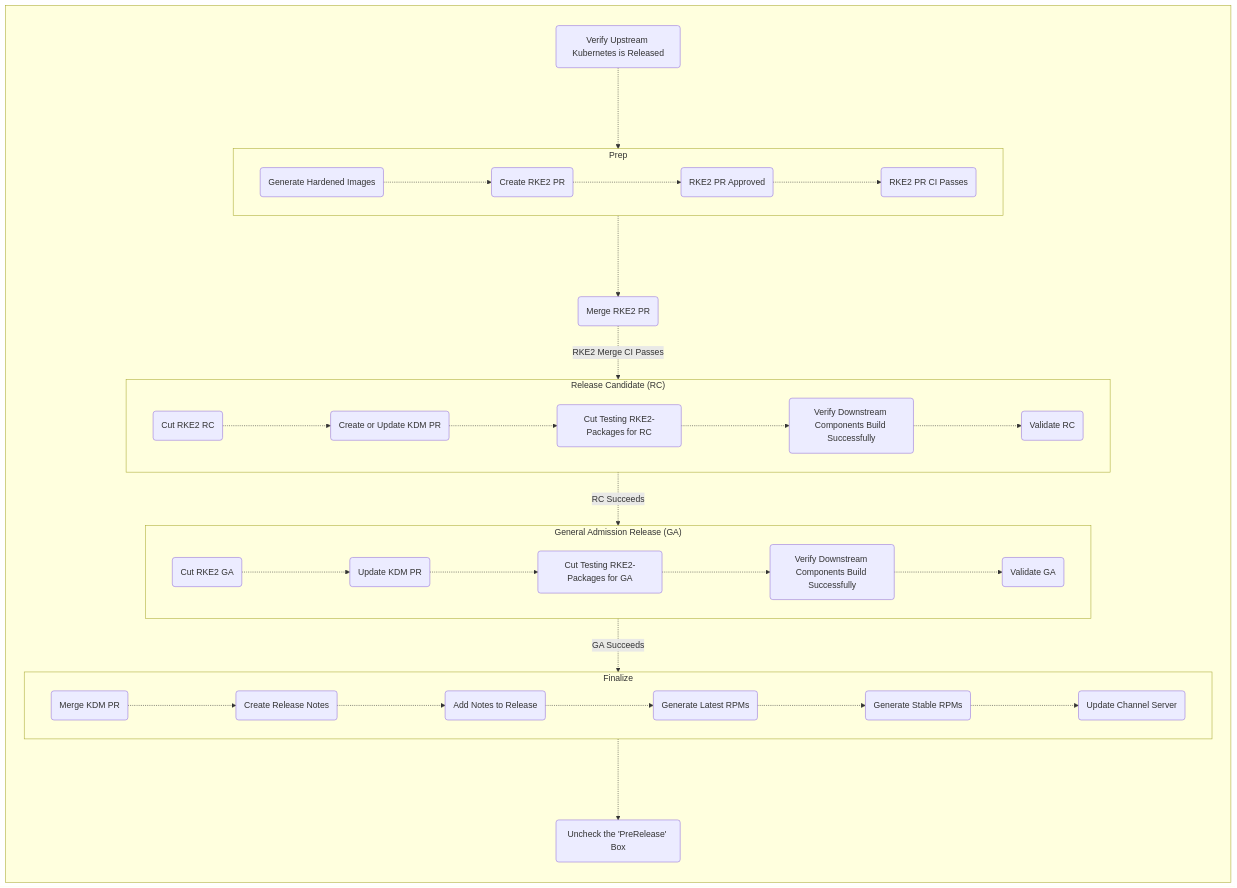
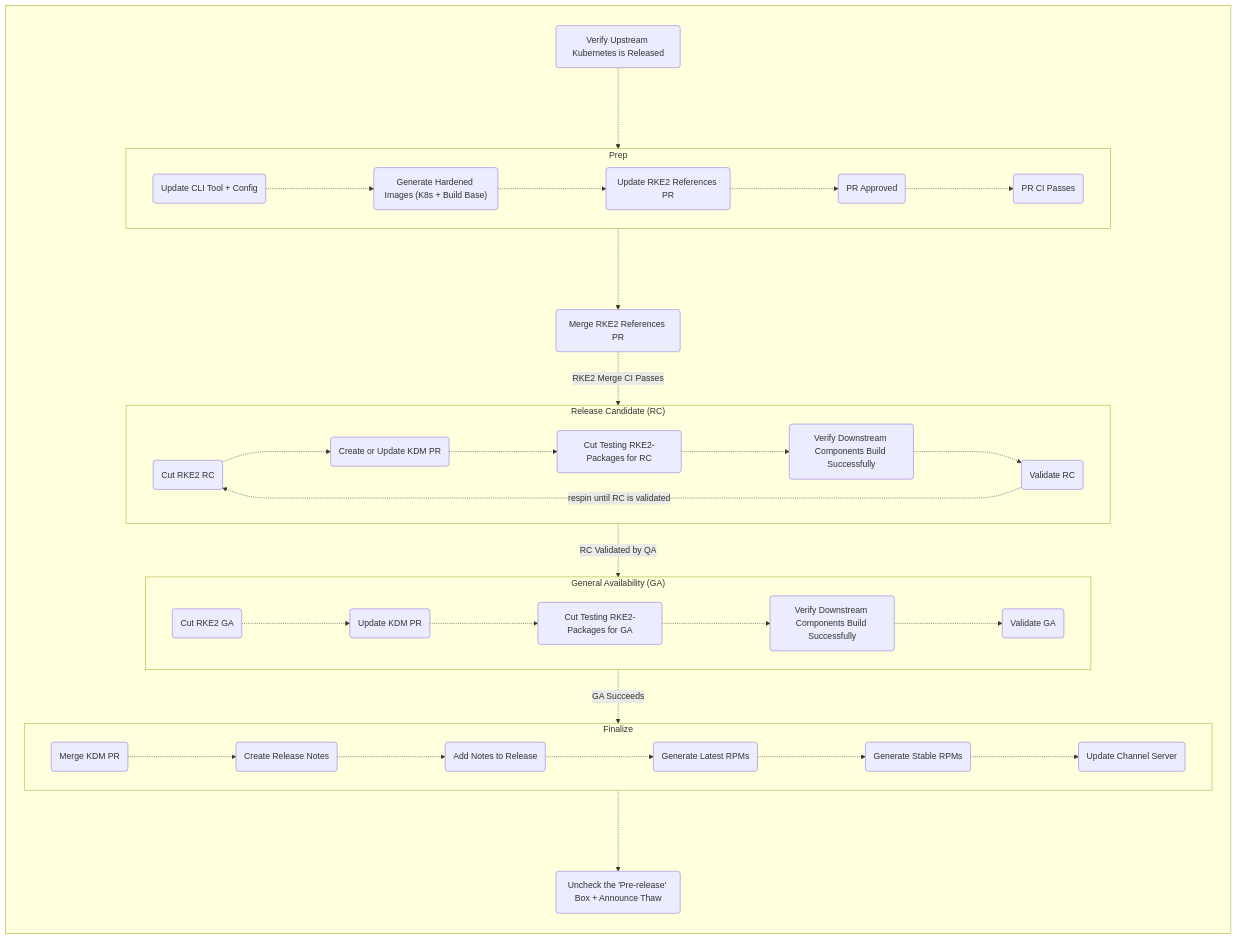
Before and after one commit to rancher/ecm-distro-tools: the diagram in docs/releasing_rke2.md, drawn with Mermaid. The commit also changed other lines of this file, not shown here.

Commit message:
Update RKE2 release docs

````diff
--- a/docs/releasing_rke2.md
+++ b/docs/releasing_rke2.md
@@ -242,53 +353,54 @@
 ```mermaid
 flowchart LR
 
 subgraph Overview [" "]
   direction TB
   Start("Verify Upstream Kubernetes is Released") -..-> Prep -..->
-  PR("Merge RKE2 PR") -."RKE2 Merge CI Passes".-> RC
-  RC -."RC Succeeds".-> GA -."GA Succeeds".-> Finalize -..->
-  End("Uncheck the 'PreRelease' Box")
+  PR("Merge RKE2 References PR") -."RKE2 Merge CI Passes".-> RC
+  RC -."RC Validated by QA".-> GA -."GA Succeeds".-> Finalize -..->
+  End("Uncheck the 'Pre-release' Box + Announce Thaw")
 end
 
-GenImage("Generate Hardened Images")
-PrCreate("Create RKE2 PR")
-PrPass("RKE2 PR CI Passes")
-PrApprove("RKE2 PR Approved")
+CliCfg("Update CLI Tool + Config")
+GenImage("Generate Hardened Images (K8s + Build Base)")
+PrCreate("Update RKE2 References PR")
+PrApprove("PR Approved")
+PrPass("PR CI Passes")
 subgraph Prep
   direction LR
-  GenImage -..-> PrCreate -..-> PrApprove -..-> PrPass
+  CliCfg -..-> GenImage -..-> PrCreate -..-> PrApprove -..-> PrPass
 end
 
 RcCut("Cut RKE2 RC")
+RcKdm("Create or Update KDM PR")
+RcRpm("Cut Testing RKE2-Packages for RC")
 RcDown("Verify Downstream Components Build Successfully")
-RcRpm("Cut Testing RKE2-Packages for RC")
-RcKdm("Create or Update KDM PR")
 RcQa("Validate RC")
 subgraph RC ["Release Candidate (RC)"]
   direction LR
   RcCut -..-> RcKdm -..-> RcRpm -..-> RcDown -..-> RcQa
+  RcQa -."respin until RC is validated".-> RcCut
 end
 
 GaCut("Cut RKE2 GA")
+GaKdm("Update KDM PR")
+GaRpm("Cut Testing RKE2-Packages for GA")
 GaDown("Verify Downstream Components Build Successfully")
-GaRpm("Cut Testing RKE2-Packages for GA")
-GaKdm("Update KDM PR")
 GaQa("Validate GA")
-subgraph GA ["General Admission Release (GA)"]
+subgraph GA ["General Availability (GA)"]
   direction LR
   GaCut -..-> GaKdm -..-> GaRpm -..-> GaDown -..-> GaQa
 end
 
 KdmMerge("Merge KDM PR")
 RnCreate("Create Release Notes")
 RnAdd("Add Notes to Release")
 RpmLatest("Generate Latest RPMs")
 RpmStable("Generate Stable RPMs")
 CsUp("Update Channel Server")
-
 subgraph Finalize
   direction LR
   KdmMerge -..-> RnCreate -..-> RnAdd -..->
   RpmLatest -..-> RpmStable -..-> CsUp
 end
 ```
````
